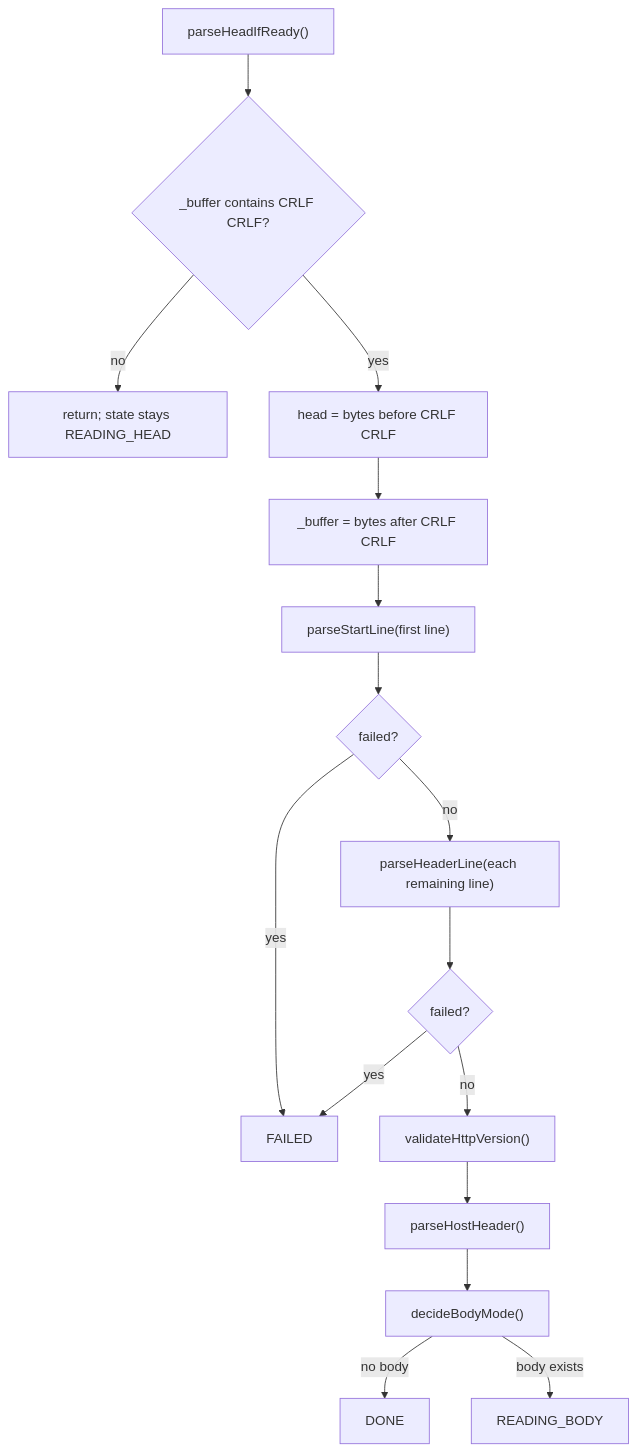
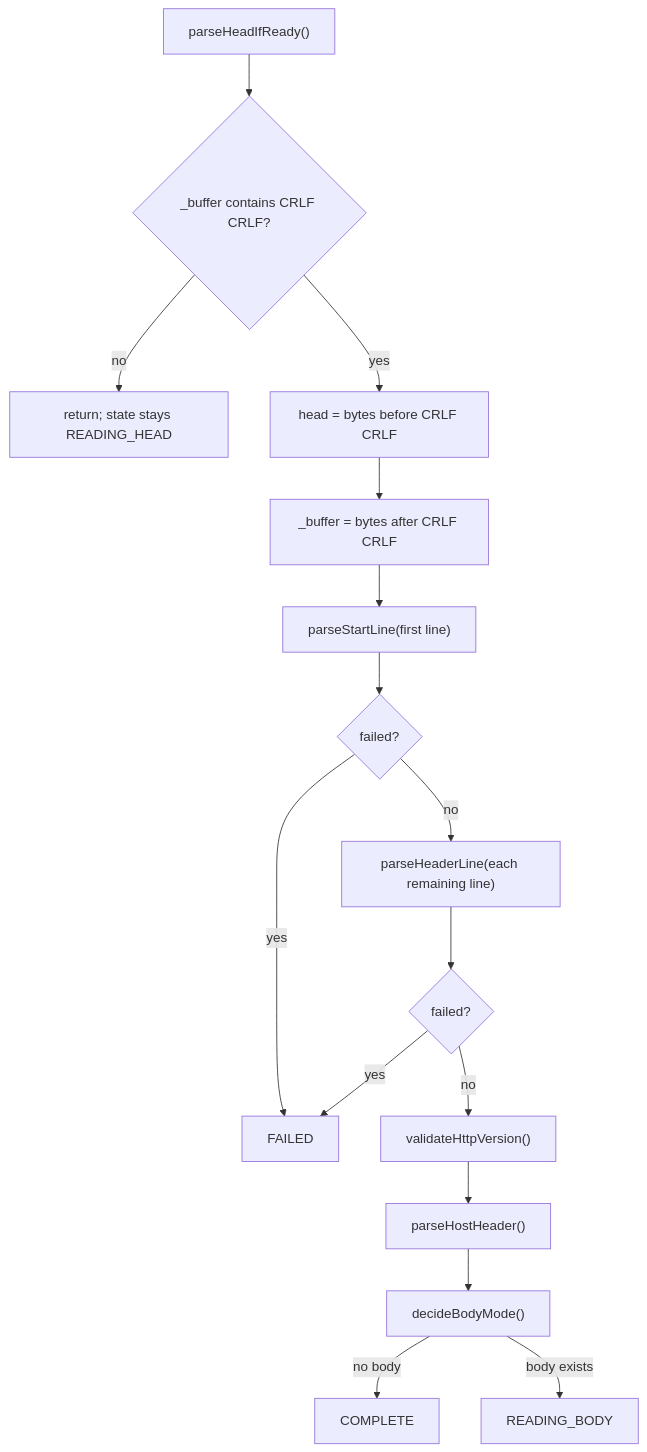
One commit to gkrtjd99/Webserv changed the fourth of 7 diagrams in docs/HTTP/request-parser-design.md. Above: the diagram before and after it, drawn with Mermaid. The commit also changed other lines of this file and 5 other files, not shown here.

````diff
--- a/docs/HTTP/request-parser-design.md
+++ b/docs/HTTP/request-parser-design.md
@@ -104,18 +104,18 @@
 ```mermaid
 flowchart TD
     A["parseHeadIfReady()"] --> B{"_buffer contains CRLF CRLF?"}
     B -->|"no"| C["return; state stays READING_HEAD"]
     B -->|"yes"| D["head = bytes before CRLF CRLF"]
     D --> E["_buffer = bytes after CRLF CRLF"]
     E --> F["parseStartLine(first line)"]
     F --> G{"failed?"}
     G -->|"yes"| Z["FAILED"]
     G -->|"no"| H["parseHeaderLine(each remaining line)"]
     H --> I{"failed?"}
     I -->|"yes"| Z
     I -->|"no"| J["validateHttpVersion()"]
     J --> K["parseHostHeader()"]
     K --> L["decideBodyMode()"]
-    L -->|"no body"| M["DONE"]
+    L -->|"no body"| M["COMPLETE"]
     L -->|"body exists"| N["READING_BODY"]
 ```
````
